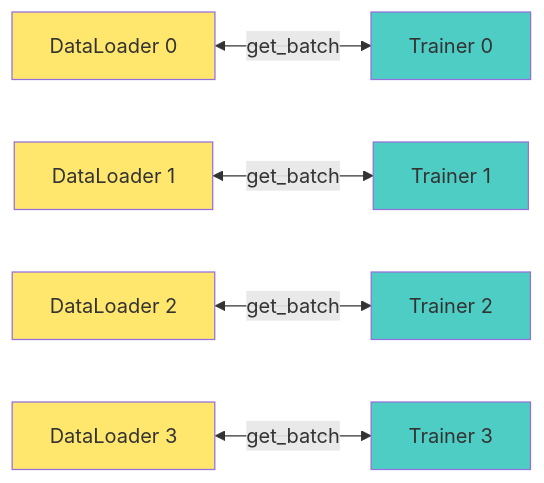
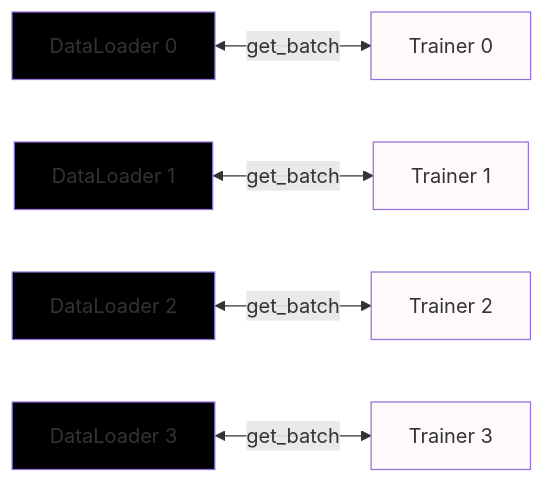
One commit to AlirezaShamsoshoara/monarch changed the seventh of 7 diagrams in docs/MONARCH_OVERVIEW.md. Above: the diagram before and after it, drawn with Mermaid. The commit also changed other lines of this file and 3 other files, not shown here.

````diff
--- a/docs/MONARCH_OVERVIEW.md
+++ b/docs/MONARCH_OVERVIEW.md
@@ -639,16 +639,16 @@
 ```mermaid
 graph LR
     DL0[DataLoader 0] <-->|get_batch| T0[Trainer 0]
     DL1[DataLoader 1] <-->|get_batch| T1[Trainer 1]
     DL2[DataLoader 2] <-->|get_batch| T2[Trainer 2]
     DL3[DataLoader 3] <-->|get_batch| T3[Trainer 3]
 
-    style DL0 fill:#ffe66d
-    style DL1 fill:#ffe66d
-    style DL2 fill:#ffe66d
-    style DL3 fill:#ffe66d
-    style T0 fill:#4ecdc4
-    style T1 fill:#4ecdc4
-    style T2 fill:#4ecdc4
-    style T3 fill:#4ecdc4
+    style DL0 fill:#000000
+    style DL1 fill:#000000
+    style DL2 fill:#000000
+    style DL3 fill:#000000
+    style T0 fill:#FFFAFA
+    style T1 fill:#FFFAFA
+    style T2 fill:#FFFAFA
+    style T3 fill:#FFFAFA
 ```
````
